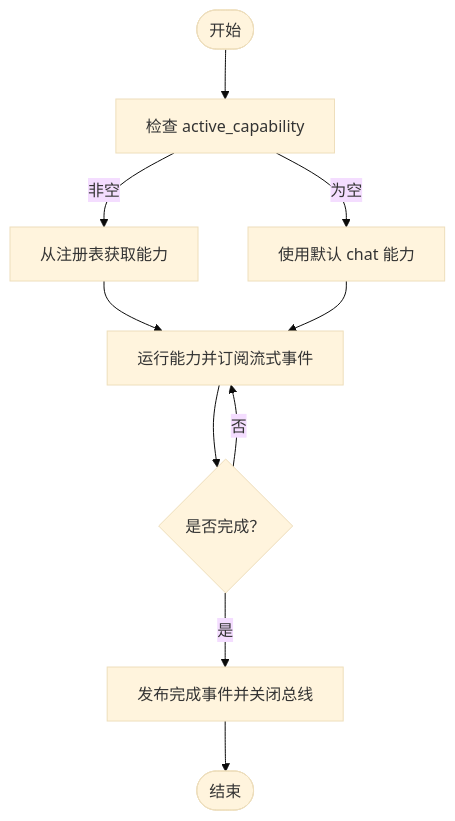
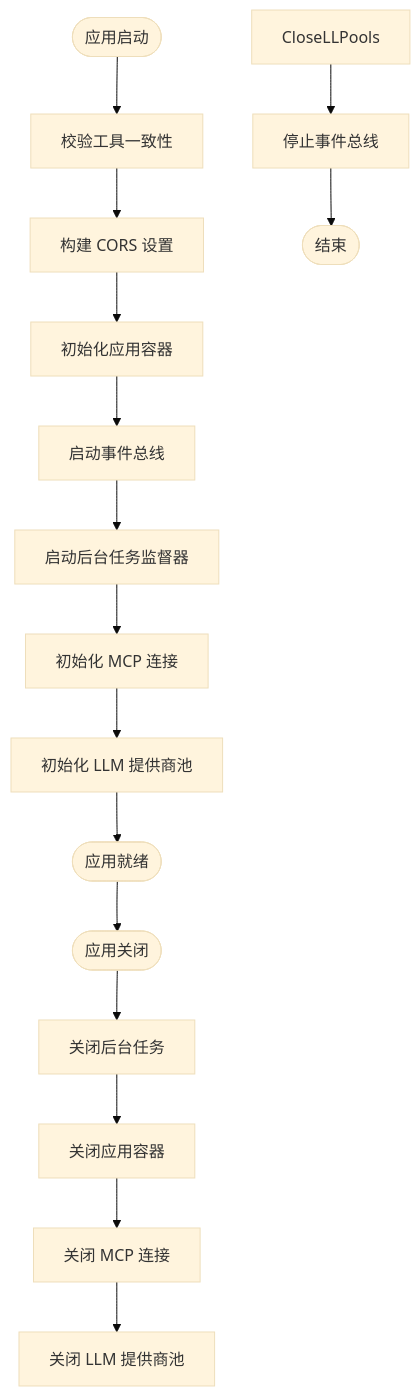
One commit to gongzili456/DeepTutor changed the fourth of 5 diagrams in .qoder/repowiki/zh/content/项目概述/项目介绍与目标.md. Above: the diagram before and after it, drawn with Mermaid (base theme). The commit also changed other lines of this file and 1242 other files, not shown here.

````diff
--- a/.qoder/repowiki/zh/content/项目概述/项目介绍与目标.md
+++ b/.qoder/repowiki/zh/content/项目概述/项目介绍与目标.md
@@ -124,12 +180,18 @@
 ```mermaid
 flowchart TD
-Start(["开始"]) --> CheckCap["检查 active_capability"]
-CheckCap --> |为空| UseChat["使用默认 chat 能力"]
-CheckCap --> |非空| GetCap["从注册表获取能力"]
-GetCap --> RunCap["运行能力并订阅流式事件"]
-UseChat --> RunCap
-RunCap --> Done{"是否完成？"}
-Done --> |否| RunCap
-Done --> |是| Publish["发布完成事件并关闭总线"]
-Publish --> End(["结束"])
+Start(["应用启动"]) --> ValidateTools["校验工具一致性"]
+ValidateTools --> BuildCORS["构建 CORS 设置"]
+BuildCORS --> InitContainer["初始化应用容器"]
+InitContainer --> StartEventBus["启动事件总线"]
+StartEventBus --> StartBackground["启动后台任务监督器"]
+StartBackground --> InitMCP["初始化 MCP 连接"]
+InitMCP --> InitLLMPool["初始化 LLM 提供商池"]
+InitLLMPool --> Ready(["应用就绪"])
+Ready --> Shutdown(["应用关闭"])
+Shutdown --> CloseBackground["关闭后台任务"]
+CloseBackground --> CloseContainer["关闭应用容器"]
+CloseContainer --> CloseMCP["关闭 MCP 连接"]
+CloseMCP --> CloseLLMPool["关闭 LLM 提供商池"]
+CloseLLPools --> StopEventBus["停止事件总线"]
+StopEventBus --> End(["结束"])
 ```
````
